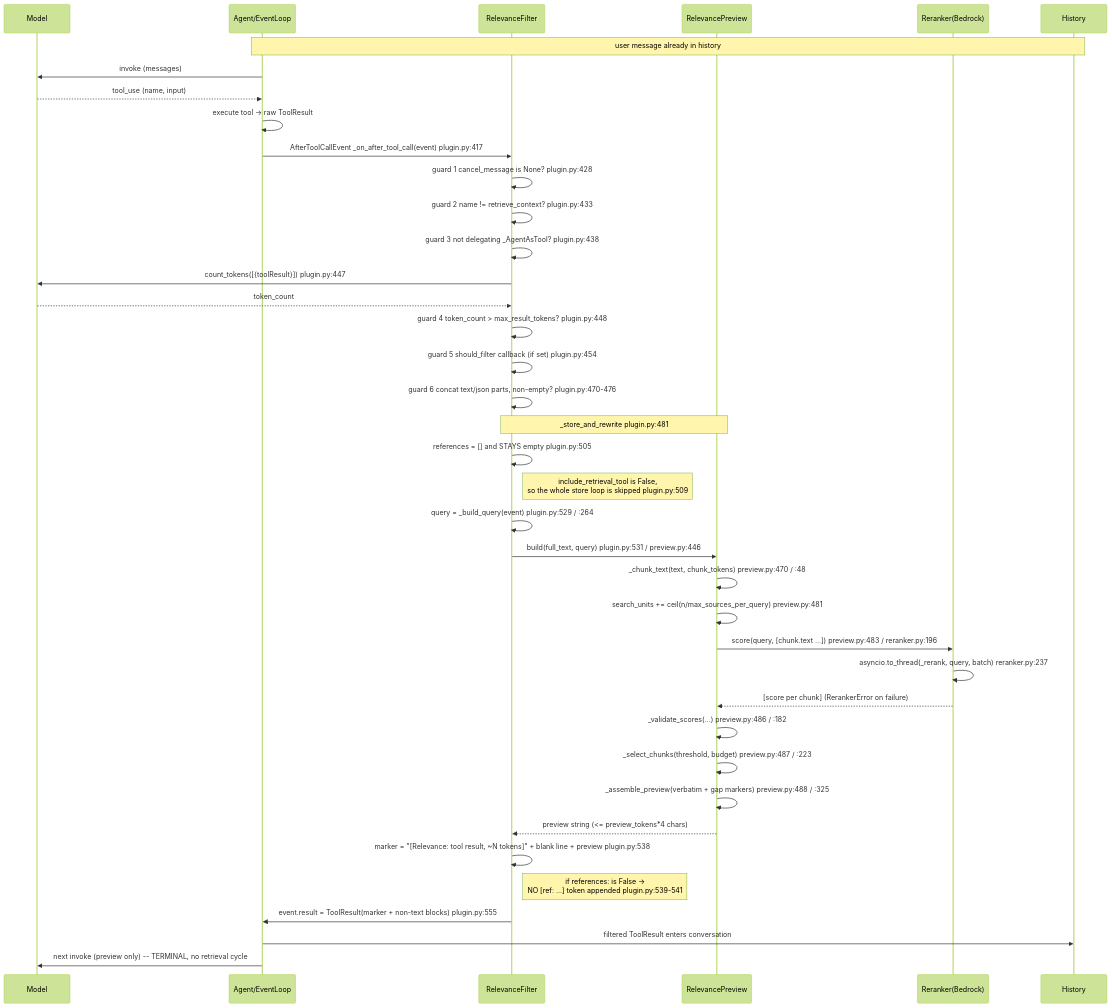
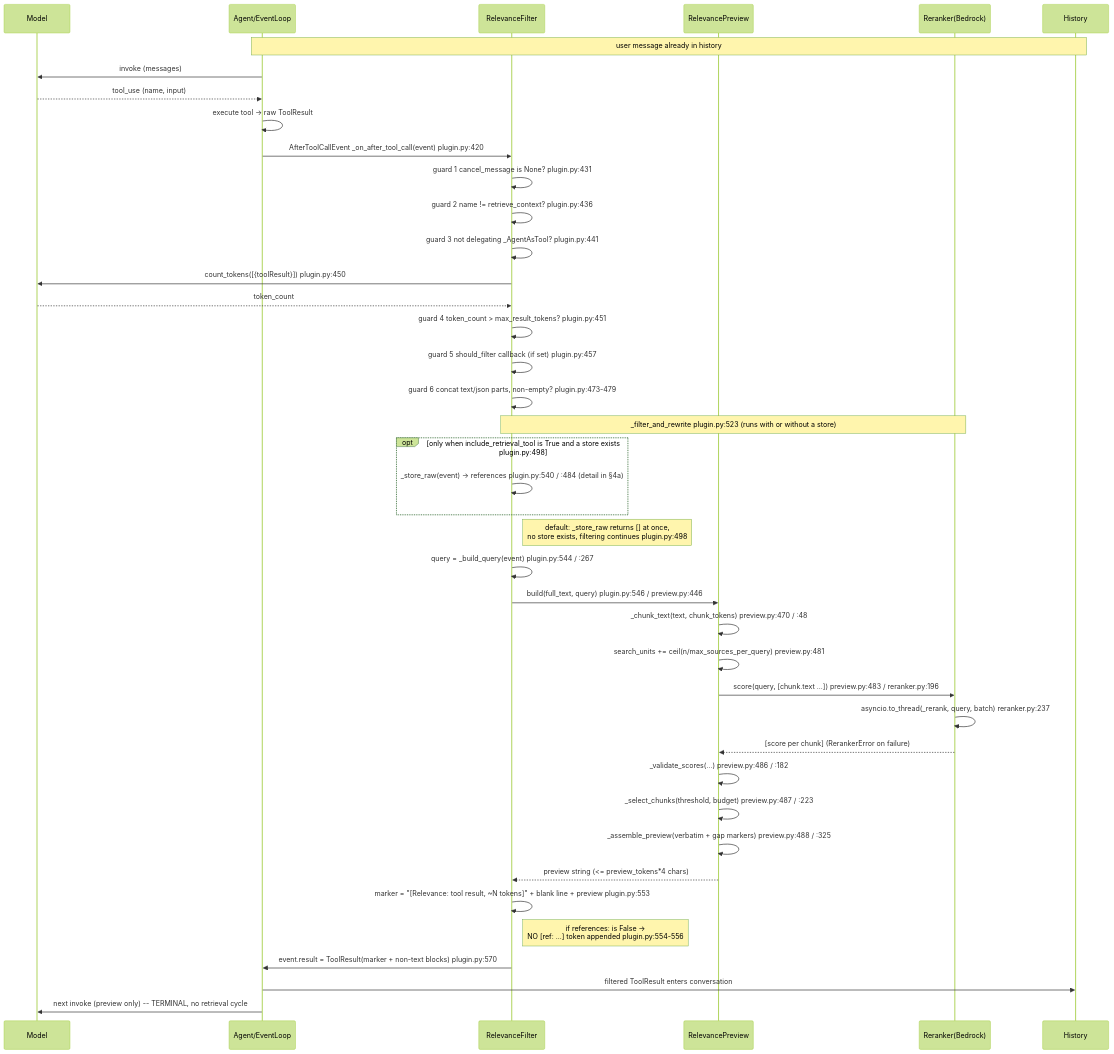
The first of 3 diagrams in docs/design/sequence/sequence-a-relevance-filtering.md (aws-samples/sample-context-engineering), drawn with Mermaid (forest theme) before and after one commit. The commit also changed other lines of this file and 2 other files, not shown here.

First line of the commit message:
fix(relevance-filter): filtering never depends on the storage

````diff
--- a/docs/design/sequence/sequence-a-relevance-filtering.md
+++ b/docs/design/sequence/sequence-a-relevance-filtering.md
@@ -80,45 +86,47 @@
 ```mermaid
 sequenceDiagram
     participant Model
     participant Agent as Agent/EventLoop
     participant RF as RelevanceFilter
     participant Prev as RelevancePreview
     participant RR as Reranker(Bedrock)
     participant Hist as History
 
     Note over Agent,Hist: user message already in history
     Agent->>Model: invoke (messages)
     Model-->>Agent: tool_use (name, input)
     Agent->>Agent: execute tool -> raw ToolResult
-    Agent->>RF: AfterToolCallEvent  _on_after_tool_call(event)  plugin.py:417
+    Agent->>RF: AfterToolCallEvent  _on_after_tool_call(event)  plugin.py:420
 
-    RF->>RF: guard 1 cancel_message is None?  plugin.py:428
-    RF->>RF: guard 2 name != retrieve_context?  plugin.py:433
-    RF->>RF: guard 3 not delegating _AgentAsTool?  plugin.py:438
-    RF->>Model: count_tokens([{toolResult}])  plugin.py:447
+    RF->>RF: guard 1 cancel_message is None?  plugin.py:431
+    RF->>RF: guard 2 name != retrieve_context?  plugin.py:436
+    RF->>RF: guard 3 not delegating _AgentAsTool?  plugin.py:441
+    RF->>Model: count_tokens([{toolResult}])  plugin.py:450
     Model-->>RF: token_count
-    RF->>RF: guard 4 token_count > max_result_tokens?  plugin.py:448
-    RF->>RF: guard 5 should_filter callback (if set)  plugin.py:454
-    RF->>RF: guard 6 concat text/json parts, non-empty?  plugin.py:470-476
+    RF->>RF: guard 4 token_count > max_result_tokens?  plugin.py:451
+    RF->>RF: guard 5 should_filter callback (if set)  plugin.py:457
+    RF->>RF: guard 6 concat text/json parts, non-empty?  plugin.py:473-479
 
-    Note over RF,Prev: _store_and_rewrite  plugin.py:481
-    RF->>RF: references = [] and STAYS empty  plugin.py:505
-    Note right of RF: include_retrieval_tool is False,<br/>so the whole store loop is skipped  plugin.py:509
-    RF->>RF: query = _build_query(event)  plugin.py:529 / :264
-    RF->>Prev: build(full_text, query)  plugin.py:531 / preview.py:446
+    Note over RF,RR: _filter_and_rewrite  plugin.py:523  (runs with or without a store)
+    opt only when include_retrieval_tool is True and a store exists  plugin.py:498
+        RF->>RF: _store_raw(event) -> references  plugin.py:540 / :484  (detail in §4a)
+    end
+    Note right of RF: default: _store_raw returns [] at once,<br/>no store exists, filtering continues  plugin.py:498
+    RF->>RF: query = _build_query(event)  plugin.py:544 / :267
+    RF->>Prev: build(full_text, query)  plugin.py:546 / preview.py:446
     Prev->>Prev: _chunk_text(text, chunk_tokens)  preview.py:470 / :48
     Prev->>Prev: search_units += ceil(n/max_sources_per_query)  preview.py:481
     Prev->>RR: score(query, [chunk.text ...])  preview.py:483 / reranker.py:196
     RR->>RR: asyncio.to_thread(_rerank, query, batch)  reranker.py:237
     RR-->>Prev: [score per chunk]  (RerankerError on failure)
     Prev->>Prev: _validate_scores(...)  preview.py:486 / :182
     Prev->>Prev: _select_chunks(threshold, budget)  preview.py:487 / :223
     Prev->>Prev: _assemble_preview(verbatim + gap markers)  preview.py:488 / :325
     Prev-->>RF: preview string (<= preview_tokens*4 chars)
 
-    RF->>RF: marker = "[Relevance: tool result, ~N tokens]" + blank line + preview  plugin.py:538
-    Note right of RF: if references: is False -><br/>NO [ref: ...] token appended  plugin.py:539-541
-    RF->>Agent: event.result = ToolResult(marker + non-text blocks)  plugin.py:555
+    RF->>RF: marker = "[Relevance: tool result, ~N tokens]" + blank line + preview  plugin.py:553
+    Note right of RF: if references: is False -><br/>NO [ref: ...] token appended  plugin.py:554-556
+    RF->>Agent: event.result = ToolResult(marker + non-text blocks)  plugin.py:570
     Agent->>Hist: filtered ToolResult enters conversation
     Agent->>Model: next invoke (preview only) -- TERMINAL, no retrieval cycle
 ```
````
